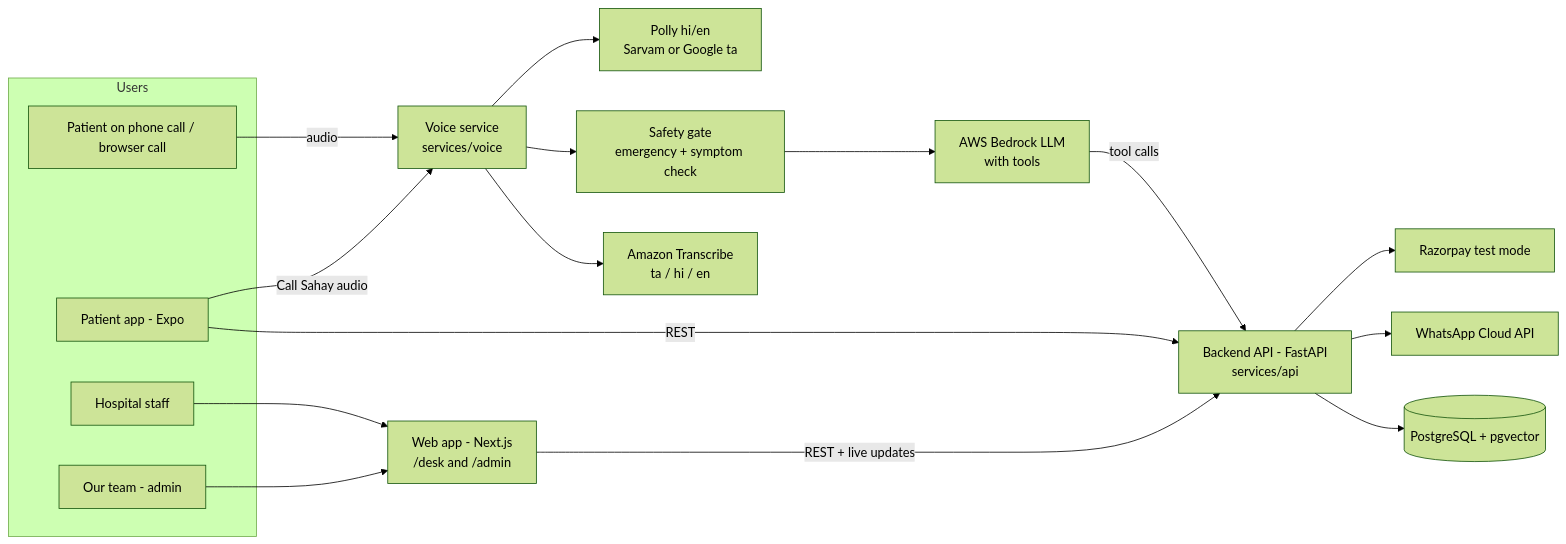
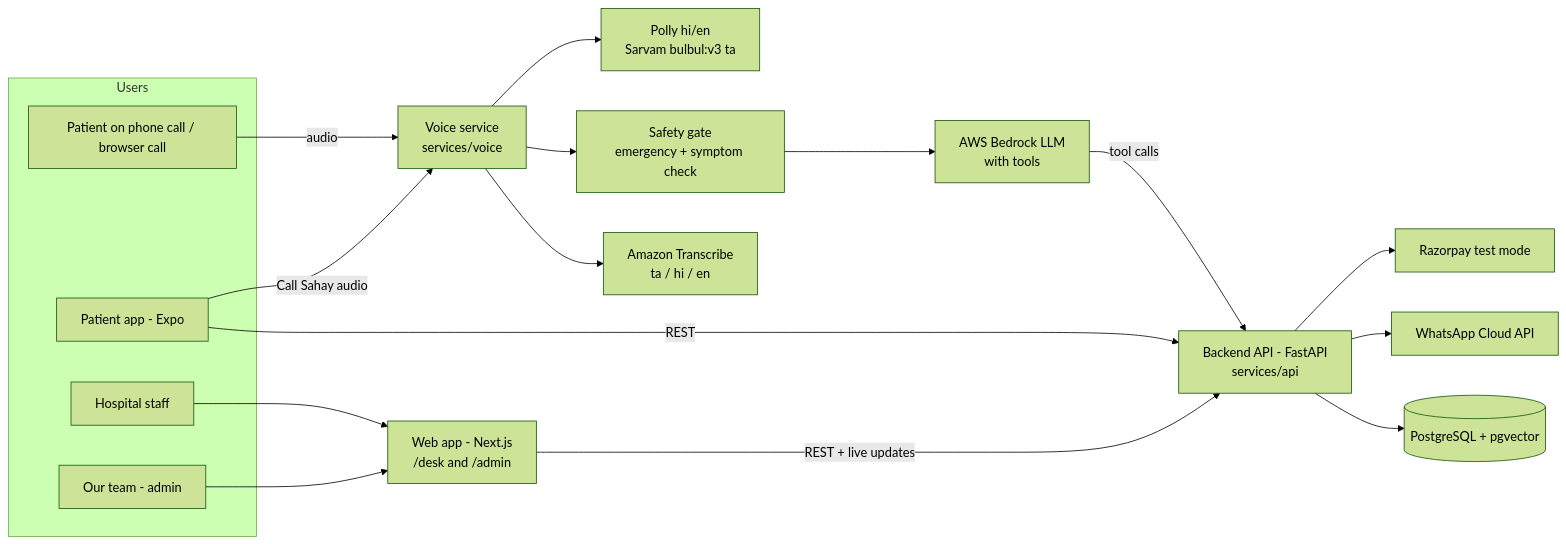
The diagram in docs/ARCHITECTURE.md (h-sane/hello-sahay), drawn with Mermaid (forest theme) before and after one commit. The commit also changed 1 other file, not shown here.

Commit message:
docs: Sarvam confirmed for Tamil speech-to-text and text-to-speech
Verified with a round trip on 2026-10-14; Transcribe has no Tamil streaming.

Claude-Session: https://claude.ai/code/session_01PoxsHTYGn9vMTU47KPGhid

````diff
--- a/docs/ARCHITECTURE.md
+++ b/docs/ARCHITECTURE.md
@@ -8,26 +8,26 @@
 ```mermaid
 flowchart LR
   subgraph Users
     P[Patient on phone call / browser call]
     PA[Patient app - Expo]
     H[Hospital staff]
     A[Our team - admin]
   end
 
   P -->|audio| V[Voice service<br/>services/voice]
   PA -->|REST| API
   PA -->|"Call Sahay" audio| V
   H --> WEB[Web app - Next.js<br/>/desk and /admin]
   A --> WEB
   WEB -->|REST + live updates| API
 
   V --> STT[Amazon Transcribe<br/>ta / hi / en]
   V --> GATE[Safety gate<br/>emergency + symptom check]
   GATE --> LLM[AWS Bedrock LLM<br/>with tools]
   LLM -->|tool calls| API[Backend API - FastAPI<br/>services/api]
-  V --> TTS[Polly hi/en<br/>Sarvam or Google ta]
+  V --> TTS[Polly hi/en<br/>Sarvam bulbul:v3 ta]
 
   API --> DB[(PostgreSQL + pgvector)]
   API --> WA[WhatsApp Cloud API]
   API --> PAY[Razorpay test mode]
 ```
````
